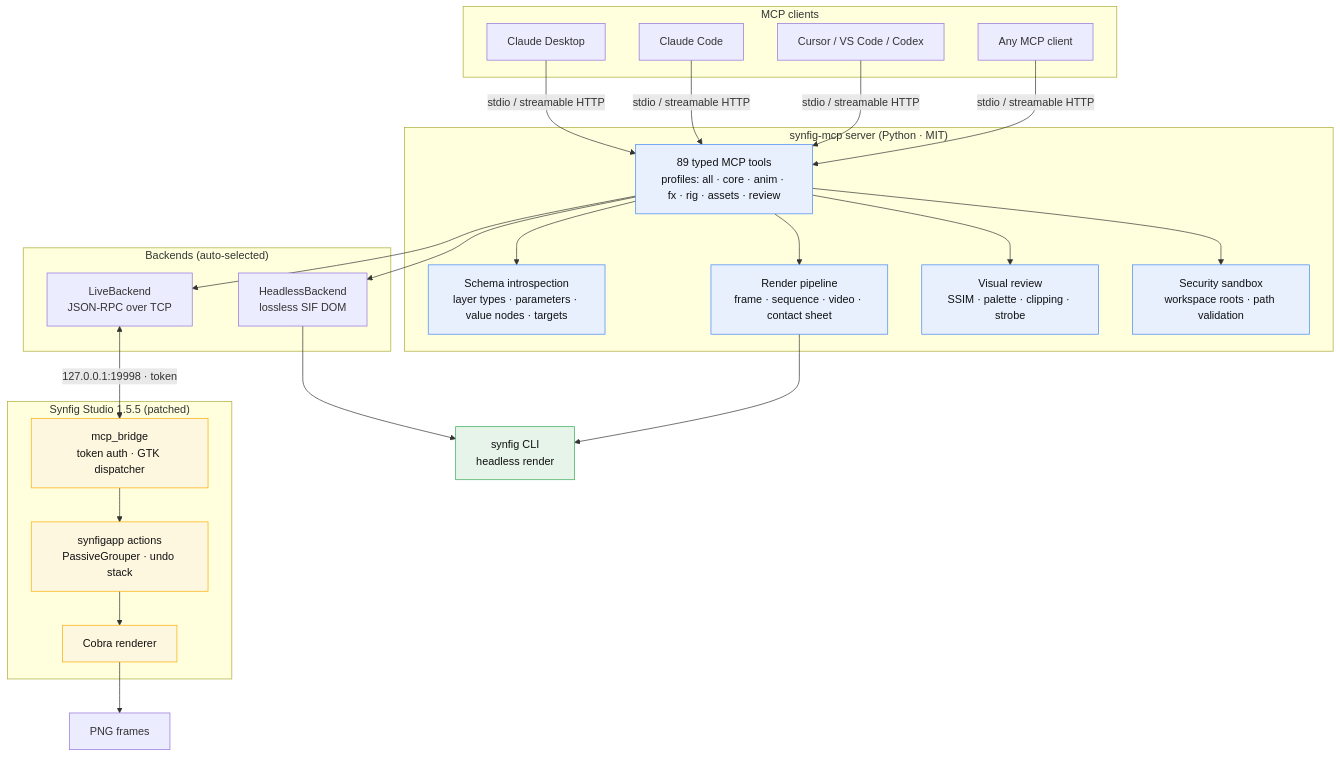
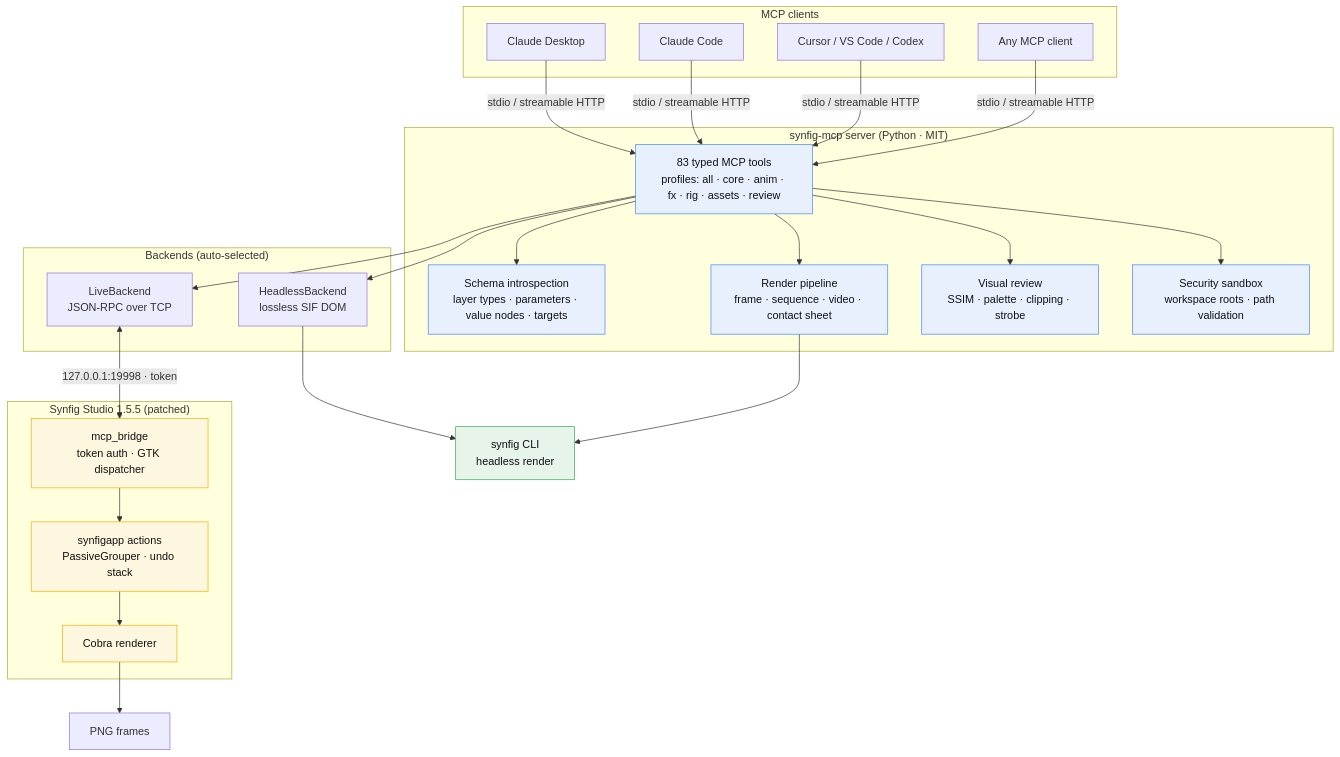
One commit to anusara-bemal/synfig-mcp changed the first of 7 diagrams in README.md. Above: the diagram before and after it, drawn with Mermaid. The commit also changed other lines of this file and 72 other files, not shown here.

````diff
--- a/README.md
+++ b/README.md
@@ -61,46 +60,46 @@
 ```mermaid
 graph TB
     subgraph clients["MCP clients"]
         CD["Claude Desktop"]
         CC["Claude Code"]
         CU["Cursor / VS Code / Codex"]
         ANY["Any MCP client"]
     end
 
     subgraph server["synfig-mcp server (Python · MIT)"]
-        TOOLS["89 typed MCP tools<br/>profiles: all · core · anim · fx · rig · assets · review"]
+        TOOLS["83 typed MCP tools<br/>profiles: all · core · anim · fx · rig · assets · review"]
         SCHEMA["Schema introspection<br/>layer types · parameters · value nodes · targets"]
         PIPE["Render pipeline<br/>frame · sequence · video · contact sheet"]
         REVIEW["Visual review<br/>SSIM · palette · clipping · strobe"]
         SANDBOX["Security sandbox<br/>workspace roots · path validation"]
     end
 
     subgraph backends["Backends (auto-selected)"]
         LIVE["LiveBackend<br/>JSON-RPC over TCP"]
         HEAD["HeadlessBackend<br/>lossless SIF DOM"]
     end
 
     subgraph studio["Synfig Studio 1.5.5 (patched)"]
         BRIDGE["mcp_bridge<br/>token auth · GTK dispatcher"]
         ACTIONS["synfigapp actions<br/>PassiveGrouper · undo stack"]
         ENGINE["Cobra renderer"]
     end
 
     CLI["synfig CLI<br/>headless render"]
 
     CD & CC & CU & ANY -->|stdio / streamable HTTP| TOOLS
     TOOLS --> SCHEMA & PIPE & REVIEW & SANDBOX
     TOOLS --> LIVE & HEAD
     LIVE <-->|127.0.0.1:19998 · token| BRIDGE
     BRIDGE --> ACTIONS --> ENGINE
     HEAD --> CLI
     PIPE --> CLI
     ENGINE --> PNG["PNG frames"]
 
     classDef server fill:#e8f0fe,stroke:#4285f4,color:#111
     classDef studio fill:#fef7e0,stroke:#f9ab00,color:#111
     classDef ext fill:#e6f4ea,stroke:#34a853,color:#111
     class TOOLS,SCHEMA,PIPE,REVIEW,SANDBOX server
     class BRIDGE,ACTIONS,ENGINE studio
     class CLI ext
 ```
````
